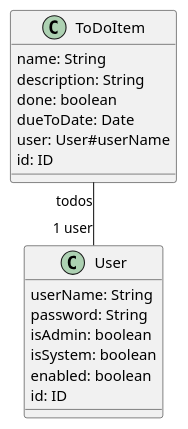
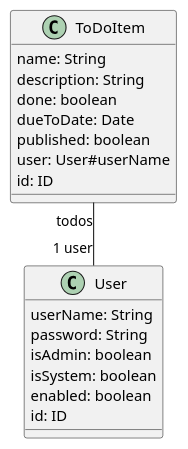
One commit to ODA-js/demos changed the diagram in api-simple-sequelize/src/graphql-gen/system/schema/schema.puml. Above: the diagram before and after it, drawn with PlantUML. The commit also changed 171 other files, not shown here.

```diff
--- a/api-simple-sequelize/src/graphql-gen/system/schema/schema.puml
+++ b/api-simple-sequelize/src/graphql-gen/system/schema/schema.puml
@@ -1,24 +1,25 @@
 @startuml system
 
   ToDoItem "todos" -- "1 user" User
 
 
   class User {
     userName: String
     password: String
     isAdmin: boolean
     isSystem: boolean
     enabled: boolean
     id: ID
   }
 
   class ToDoItem {
     name: String
     description: String
     done: boolean
     dueToDate: Date
+    published: boolean
     user: User#userName
     id: ID
   }
 
 @enduml
```
